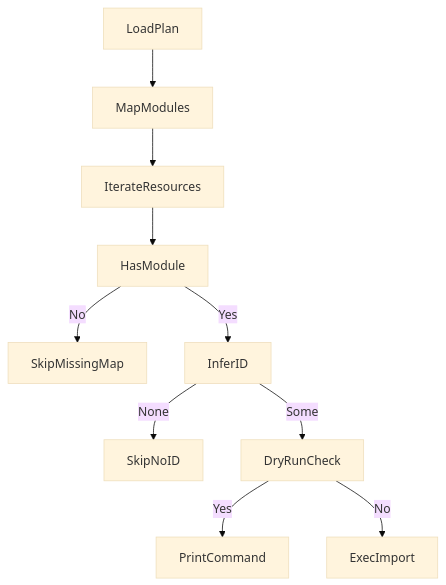
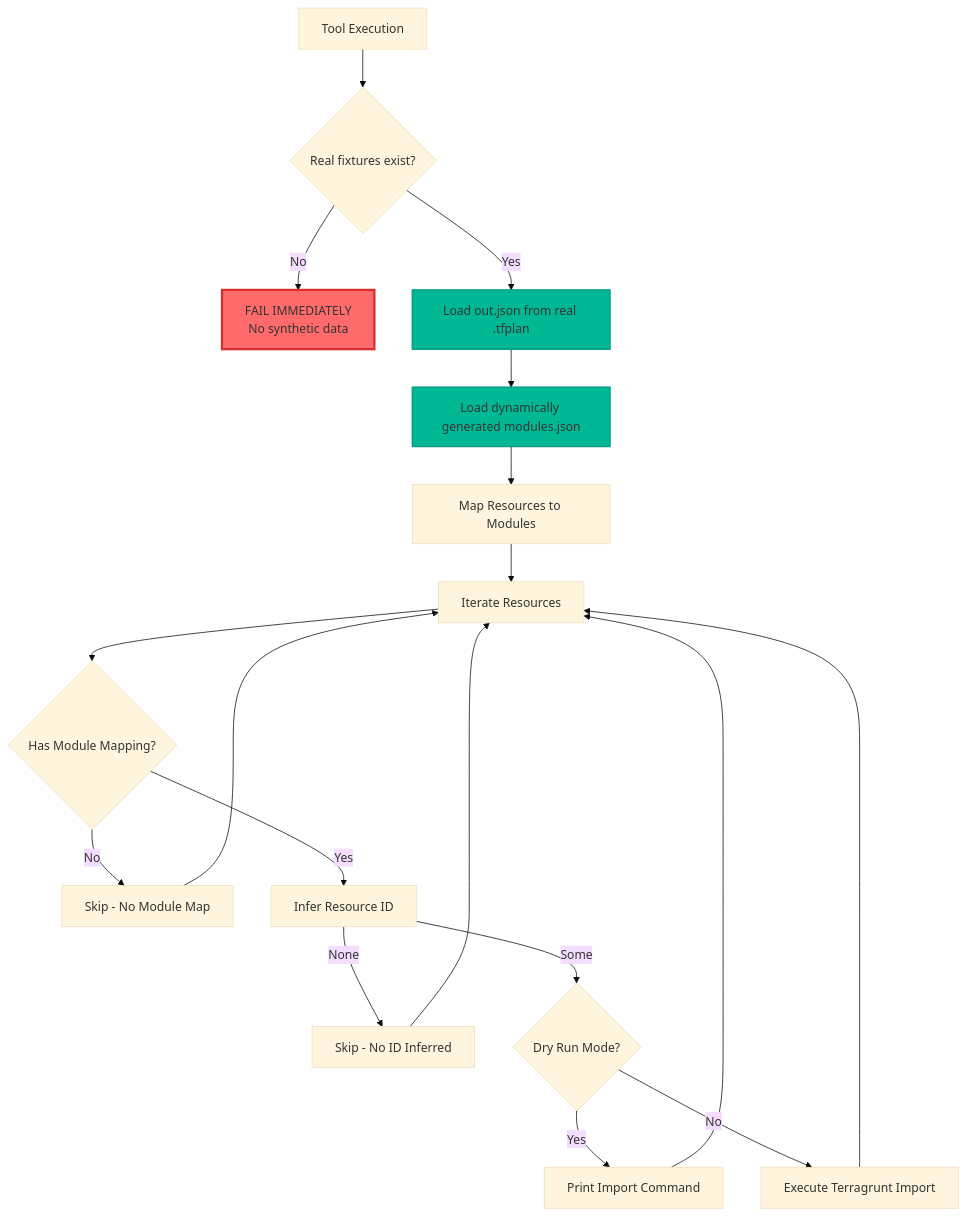
The fifth of 6 diagrams in docs/approach.md (casibbald/terragrunt-import-from-plan), drawn with Mermaid (base theme) before and after one commit. The commit also changed other lines of this file and 1 other file, not shown here.

Commit message:
Update sequence diagram and actions example

````diff
--- a/docs/approach.md
+++ b/docs/approach.md
@@ -74,12 +125,24 @@
 ```mermaid
 flowchart TD
-    LoadPlan --> MapModules
-    MapModules --> IterateResources
-    IterateResources --> HasModule
-    HasModule -- No --> SkipMissingMap
-    HasModule -- Yes --> InferID
-    InferID -- None --> SkipNoID
-    InferID -- Some --> DryRunCheck
-    DryRunCheck -- Yes --> PrintCommand
-    DryRunCheck -- No --> ExecImport
+    Start[Tool Execution] --> ValidateReal{Real fixtures exist?}
+    ValidateReal -- No --> FailFast[FAIL IMMEDIATELY<br/>No synthetic data]
+    ValidateReal -- Yes --> LoadPlan[Load out.json from real .tfplan]
+    LoadPlan --> LoadModules[Load dynamically generated modules.json]
+    LoadModules --> MapModules[Map Resources to Modules]
+    MapModules --> IterateResources[Iterate Resources]
+    IterateResources --> HasModule{Has Module Mapping?}
+    HasModule -- No --> SkipMissingMap[Skip - No Module Map]
+    HasModule -- Yes --> InferID[Infer Resource ID]
+    InferID -- None --> SkipNoID[Skip - No ID Inferred]
+    InferID -- Some --> DryRunCheck{Dry Run Mode?}
+    DryRunCheck -- Yes --> PrintCommand[Print Import Command]
+    DryRunCheck -- No --> ExecImport[Execute Terragrunt Import]
+    ExecImport --> IterateResources
+    PrintCommand --> IterateResources
+    SkipMissingMap --> IterateResources
+    SkipNoID --> IterateResources
+    
+    style FailFast fill:#ff6b6b,stroke:#d63031,stroke-width:3px
+    style LoadPlan fill:#00b894,stroke:#00a085,stroke-width:2px
+    style LoadModules fill:#00b894,stroke:#00a085,stroke-width:2px
 ```
````
